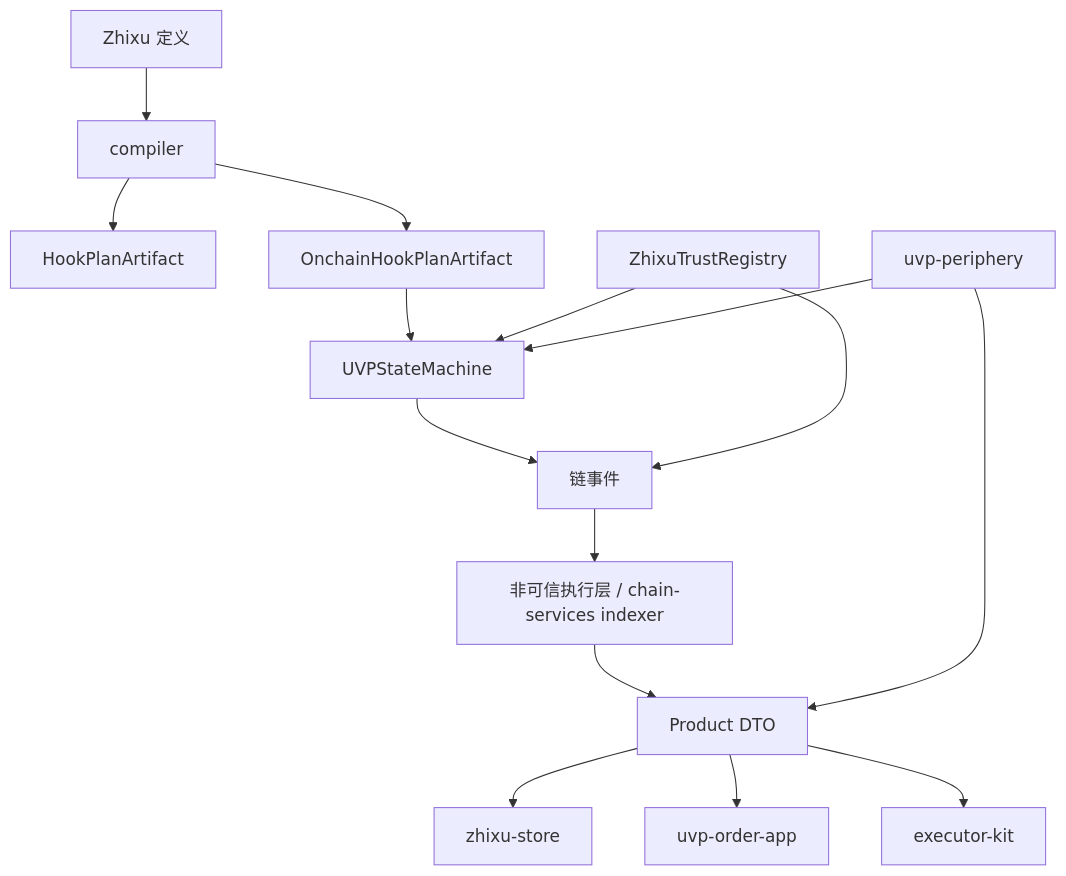
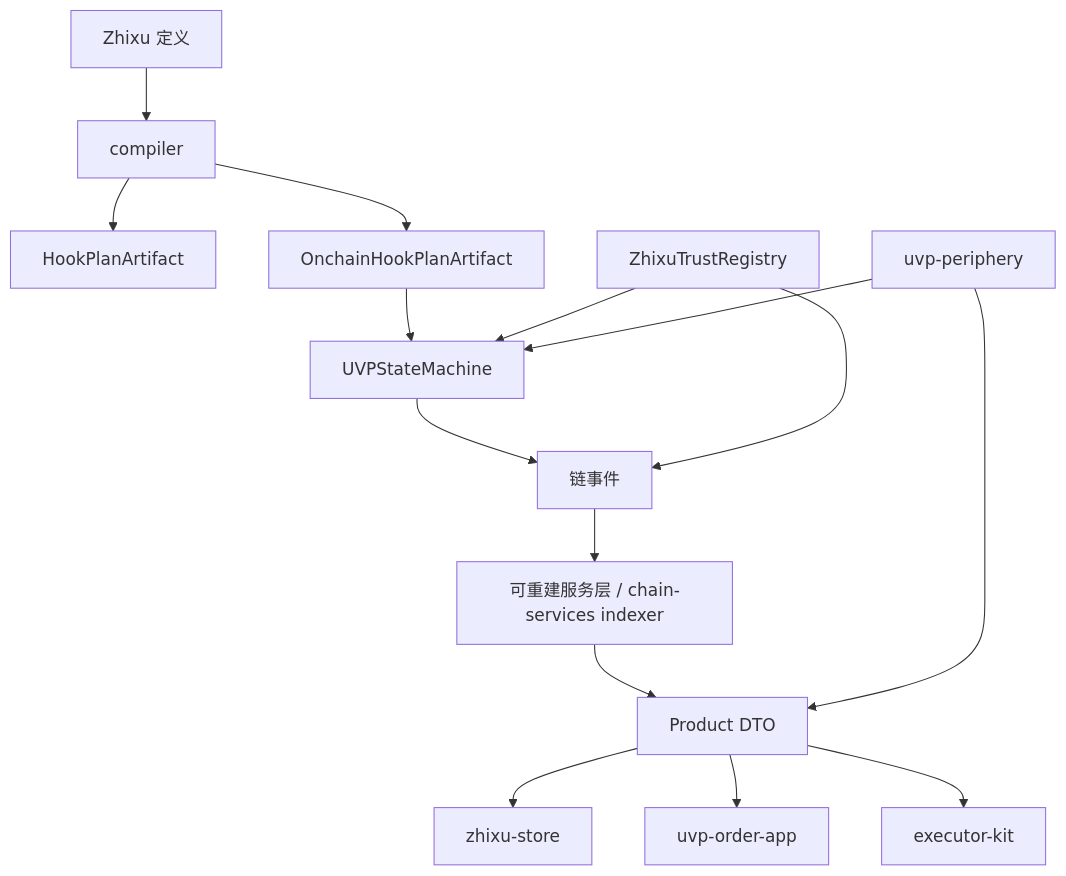
The diagram in wiki/concepts/architecture.md (conucleus/uvp-wiki), drawn with Mermaid before and after one commit. The commit also changed other lines of this file and 56 other files, not shown here.

````diff
--- a/wiki/concepts/architecture.md
+++ b/wiki/concepts/architecture.md
@@ -5,17 +5,17 @@
 ```mermaid
 flowchart TD
   Z["Zhixu 定义"] --> C["compiler"]
   C --> HP["HookPlanArtifact"]
   C --> OHP["OnchainHookPlanArtifact"]
   OHP --> SM["UVPStateMachine"]
   TR["ZhixuTrustRegistry"] --> SM
   SM --> EV["链事件"]
   TR --> EV
-  EV --> IDX["非可信执行层 / chain-services indexer"]
+  EV --> IDX["可重建服务层 / chain-services indexer"]
   IDX --> DTO["Product DTO"]
   DTO --> Store["zhixu-store"]
   DTO --> OrderApp["uvp-order-app"]
   DTO --> Exec["executor-kit"]
   Peri["uvp-periphery"] --> SM
   Peri --> DTO
 ```
````
